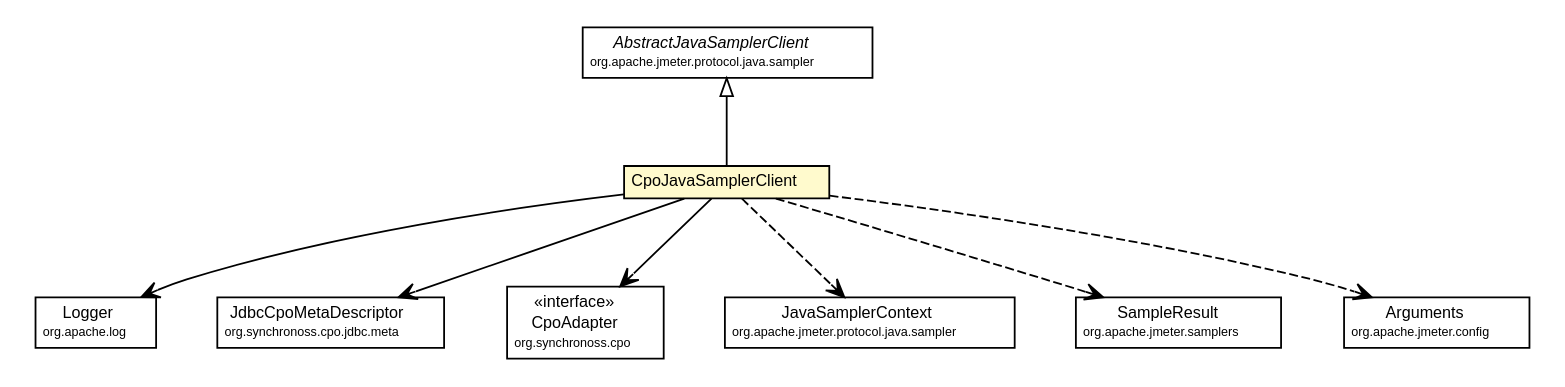
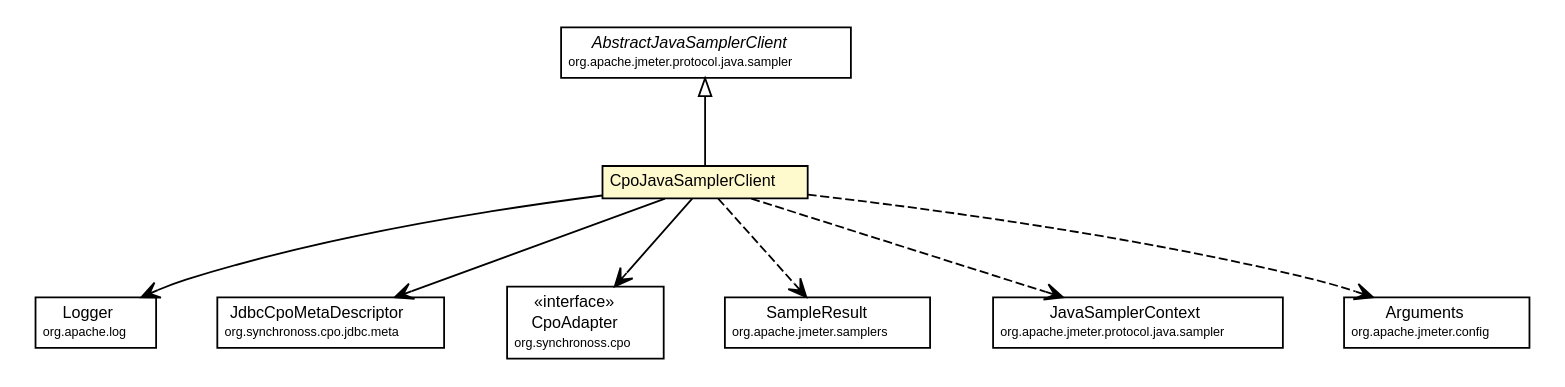
The diagram in site/testapidocs/org/synchronoss/cpo/jdbc/jmeter/CpoJavaSamplerClient.dot (synchronoss/cpo-api), drawn with Graphviz before and after one commit. The commit also changed 952 other files, not shown here.

```diff
--- a/site/testapidocs/org/synchronoss/cpo/jdbc/jmeter/CpoJavaSamplerClient.dot
+++ b/site/testapidocs/org/synchronoss/cpo/jdbc/jmeter/CpoJavaSamplerClient.dot
@@ -1,80 +1,80 @@
 #!/usr/local/bin/dot
 #
 # Class diagram 
 # Generated by UmlGraph version 4.6 (http://www.spinellis.gr/sw/umlgraph)
 #
 
 digraph G {
 	edge [fontname="Helvetica",fontsize=10,labelfontname="Helvetica",labelfontsize=10];
 	node [fontname="Helvetica",fontsize=10,shape=plaintext];
 	// org.synchronoss.cpo.jdbc.jmeter.CpoJavaSamplerClient
 	c2114 [label=<<table border="0" cellborder="1" cellspacing="0" cellpadding="2" port="p" bgcolor="lemonChiffon" href="./CpoJavaSamplerClient.html">
 		<tr><td><table border="0" cellspacing="0" cellpadding="1">
 			<tr><td> CpoJavaSamplerClient </td></tr>
 		</table></td></tr>
 		</table>>, fontname="Helvetica", fontcolor="black", fontsize=9.0];
 	//org.synchronoss.cpo.jdbc.jmeter.CpoJavaSamplerClient extends org.apache.jmeter.protocol.java.sampler.AbstractJavaSamplerClient
 	c2135:p -> c2114:p [dir=back,arrowtail=empty];
 	// org.synchronoss.cpo.jdbc.jmeter.CpoJavaSamplerClient NAVASSOC org.apache.log.Logger
 	c2114:p -> c2141:p [taillabel="", label="", headlabel="", fontname="Helvetica", fontcolor="black", fontsize=10.0, color="black", arrowhead=open];
 	// org.synchronoss.cpo.jdbc.jmeter.CpoJavaSamplerClient NAVASSOC org.synchronoss.cpo.jdbc.meta.JdbcCpoMetaDescriptor
 	c2114:p -> c2142:p [taillabel="", label="", headlabel="", fontname="Helvetica", fontcolor="black", fontsize=10.0, color="black", arrowhead=open];
 	// org.synchronoss.cpo.jdbc.jmeter.CpoJavaSamplerClient NAVASSOC org.synchronoss.cpo.CpoAdapter
 	c2114:p -> c2143:p [taillabel="", label="", headlabel="", fontname="Helvetica", fontcolor="black", fontsize=10.0, color="black", arrowhead=open];
+	// org.synchronoss.cpo.jdbc.jmeter.CpoJavaSamplerClient DEPEND org.apache.jmeter.samplers.SampleResult
+	c2114:p -> c2147:p [taillabel="", label="", headlabel="", fontname="Helvetica", fontcolor="black", fontsize=10.0, color="black", arrowhead=open, style=dashed];
 	// org.synchronoss.cpo.jdbc.jmeter.CpoJavaSamplerClient DEPEND org.apache.jmeter.protocol.java.sampler.JavaSamplerContext
-	c2114:p -> c2145:p [taillabel="", label="", headlabel="", fontname="Helvetica", fontcolor="black", fontsize=10.0, color="black", arrowhead=open, style=dashed];
-	// org.synchronoss.cpo.jdbc.jmeter.CpoJavaSamplerClient DEPEND org.apache.jmeter.samplers.SampleResult
 	c2114:p -> c2149:p [taillabel="", label="", headlabel="", fontname="Helvetica", fontcolor="black", fontsize=10.0, color="black", arrowhead=open, style=dashed];
 	// org.synchronoss.cpo.jdbc.jmeter.CpoJavaSamplerClient DEPEND org.apache.jmeter.config.Arguments
 	c2114:p -> c2153:p [taillabel="", label="", headlabel="", fontname="Helvetica", fontcolor="black", fontsize=10.0, color="black", arrowhead=open, style=dashed];
 	// org.apache.jmeter.config.Arguments
 	c2153 [label=<<table border="0" cellborder="1" cellspacing="0" cellpadding="2" port="p" href="http://java.sun.com/j2se/1.4.2/docs/api/org/apache/jmeter/config/Arguments.html">
 		<tr><td><table border="0" cellspacing="0" cellpadding="1">
 			<tr><td> Arguments </td></tr>
 			<tr><td><font point-size="7.0"> org.apache.jmeter.config </font></td></tr>
 		</table></td></tr>
 		</table>>, fontname="Helvetica", fontcolor="black", fontsize=9.0];
 	// org.apache.jmeter.protocol.java.sampler.AbstractJavaSamplerClient
 	c2135 [label=<<table border="0" cellborder="1" cellspacing="0" cellpadding="2" port="p" href="http://java.sun.com/j2se/1.4.2/docs/api/org/apache/jmeter/protocol/java/sampler/AbstractJavaSamplerClient.html">
 		<tr><td><table border="0" cellspacing="0" cellpadding="1">
 			<tr><td><font face="Helvetica-Oblique"> AbstractJavaSamplerClient </font></td></tr>
 			<tr><td><font point-size="7.0"> org.apache.jmeter.protocol.java.sampler </font></td></tr>
 		</table></td></tr>
 		</table>>, fontname="Helvetica", fontcolor="black", fontsize=9.0];
 	// org.apache.jmeter.protocol.java.sampler.JavaSamplerContext
-	c2145 [label=<<table border="0" cellborder="1" cellspacing="0" cellpadding="2" port="p" href="http://java.sun.com/j2se/1.4.2/docs/api/org/apache/jmeter/protocol/java/sampler/JavaSamplerContext.html">
+	c2149 [label=<<table border="0" cellborder="1" cellspacing="0" cellpadding="2" port="p" href="http://java.sun.com/j2se/1.4.2/docs/api/org/apache/jmeter/protocol/java/sampler/JavaSamplerContext.html">
 		<tr><td><table border="0" cellspacing="0" cellpadding="1">
 			<tr><td> JavaSamplerContext </td></tr>
 			<tr><td><font point-size="7.0"> org.apache.jmeter.protocol.java.sampler </font></td></tr>
 		</table></td></tr>
 		</table>>, fontname="Helvetica", fontcolor="black", fontsize=9.0];
 	// org.apache.log.Logger
 	c2141 [label=<<table border="0" cellborder="1" cellspacing="0" cellpadding="2" port="p" href="http://java.sun.com/j2se/1.4.2/docs/api/org/apache/log/Logger.html">
 		<tr><td><table border="0" cellspacing="0" cellpadding="1">
 			<tr><td> Logger </td></tr>
 			<tr><td><font point-size="7.0"> org.apache.log </font></td></tr>
 		</table></td></tr>
 		</table>>, fontname="Helvetica", fontcolor="black", fontsize=9.0];
 	// org.synchronoss.cpo.CpoAdapter
 	c2143 [label=<<table border="0" cellborder="1" cellspacing="0" cellpadding="2" port="p" href="http://java.sun.com/j2se/1.4.2/docs/api/org/synchronoss/cpo/CpoAdapter.html">
 		<tr><td><table border="0" cellspacing="0" cellpadding="1">
 			<tr><td> &laquo;interface&raquo; </td></tr>
 			<tr><td> CpoAdapter </td></tr>
 			<tr><td><font point-size="7.0"> org.synchronoss.cpo </font></td></tr>
 		</table></td></tr>
 		</table>>, fontname="Helvetica", fontcolor="black", fontsize=9.0];
 	// org.synchronoss.cpo.jdbc.meta.JdbcCpoMetaDescriptor
 	c2142 [label=<<table border="0" cellborder="1" cellspacing="0" cellpadding="2" port="p" href="http://java.sun.com/j2se/1.4.2/docs/api/org/synchronoss/cpo/jdbc/meta/JdbcCpoMetaDescriptor.html">
 		<tr><td><table border="0" cellspacing="0" cellpadding="1">
 			<tr><td> JdbcCpoMetaDescriptor </td></tr>
 			<tr><td><font point-size="7.0"> org.synchronoss.cpo.jdbc.meta </font></td></tr>
 		</table></td></tr>
 		</table>>, fontname="Helvetica", fontcolor="black", fontsize=9.0];
 	// org.apache.jmeter.samplers.SampleResult
-	c2149 [label=<<table border="0" cellborder="1" cellspacing="0" cellpadding="2" port="p" href="http://java.sun.com/j2se/1.4.2/docs/api/org/apache/jmeter/samplers/SampleResult.html">
+	c2147 [label=<<table border="0" cellborder="1" cellspacing="0" cellpadding="2" port="p" href="http://java.sun.com/j2se/1.4.2/docs/api/org/apache/jmeter/samplers/SampleResult.html">
 		<tr><td><table border="0" cellspacing="0" cellpadding="1">
 			<tr><td> SampleResult </td></tr>
 			<tr><td><font point-size="7.0"> org.apache.jmeter.samplers </font></td></tr>
 		</table></td></tr>
 		</table>>, fontname="Helvetica", fontcolor="black", fontsize=9.0];
 }
```
